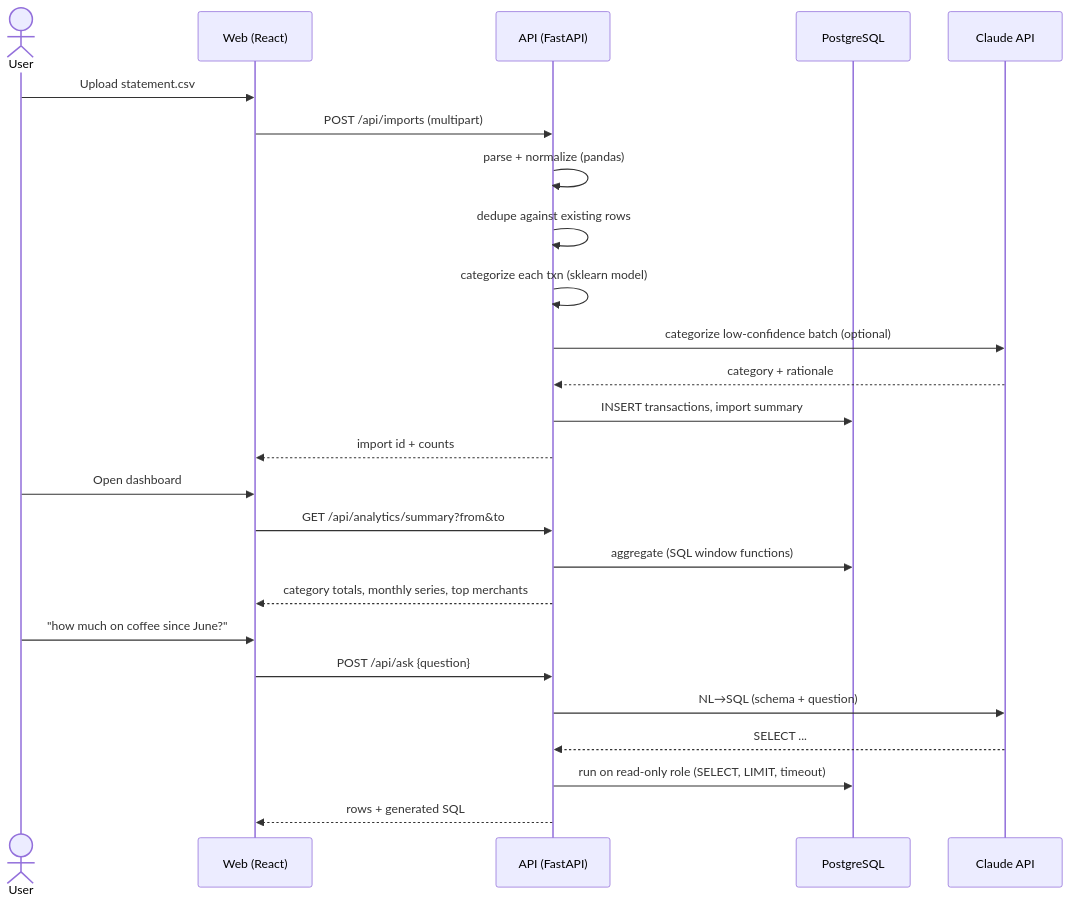
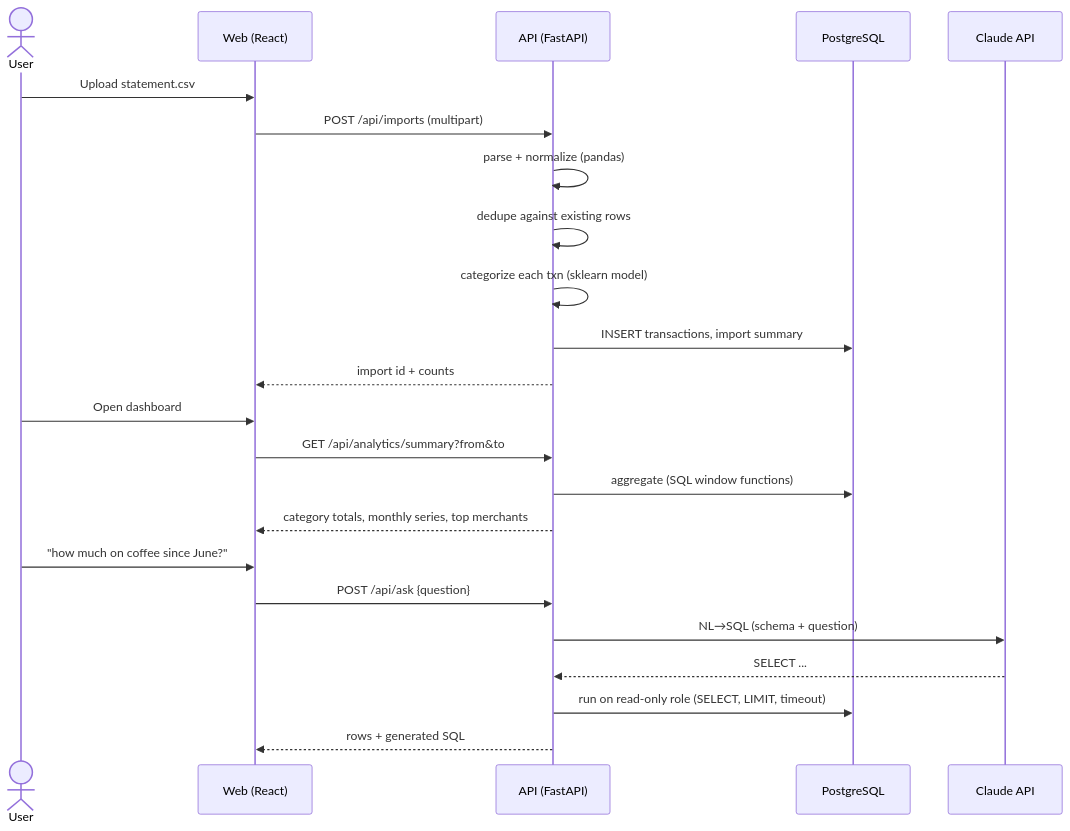
One commit to Aimanhakeemi/finscope changed the diagram in docs/ARCHITECTURE.md. Above: the diagram before and after it, drawn with Mermaid. The commit also changed other lines of this file and 16 other files, not shown here.

````diff
--- a/docs/ARCHITECTURE.md
+++ b/docs/ARCHITECTURE.md
@@ -18,30 +18,28 @@
 ```mermaid
 sequenceDiagram
     actor U as User
     participant W as Web (React)
     participant A as API (FastAPI)
     participant DB as PostgreSQL
     participant L as Claude API
 
     U->>W: Upload statement.csv
     W->>A: POST /api/imports (multipart)
     A->>A: parse + normalize (pandas)
     A->>A: dedupe against existing rows
     A->>A: categorize each txn (sklearn model)
-    A->>L: categorize low-confidence batch (optional)
-    L-->>A: category + rationale
     A->>DB: INSERT transactions, import summary
     A-->>W: import id + counts
 
     U->>W: Open dashboard
     W->>A: GET /api/analytics/summary?from&to
     A->>DB: aggregate (SQL window functions)
     A-->>W: category totals, monthly series, top merchants
 
     U->>W: "how much on coffee since June?"
     W->>A: POST /api/ask {question}
     A->>L: NL→SQL (schema + question)
     L-->>A: SELECT ...
     A->>DB: run on read-only role (SELECT, LIMIT, timeout)
     A-->>W: rows + generated SQL
 ```
````
